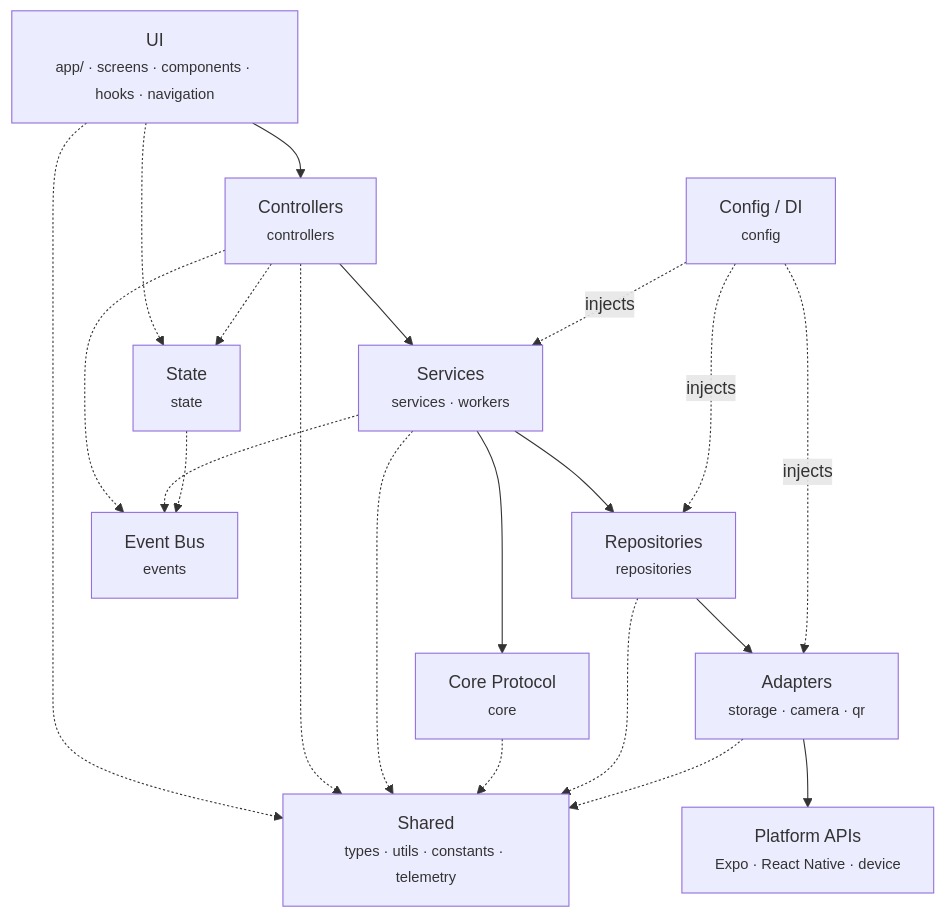
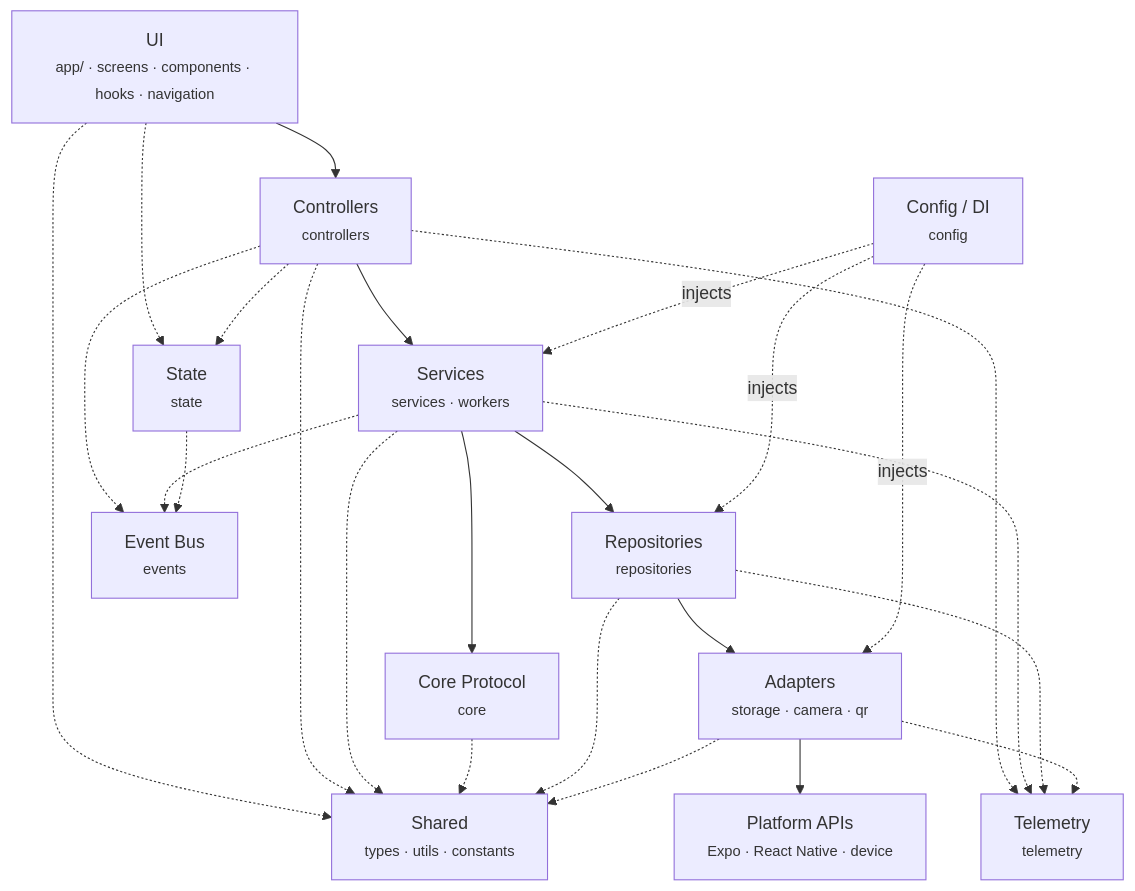
The first of 2 diagrams in ARCHITECTURE_GRAPH.md (GugulothBhuvan/photon-QR-Datashare), drawn with Mermaid before and after one commit. The commit also changed other lines of this file and 33 other files, not shown here.

First line of the commit message:
P1: architecture foundation — DI, event bus, repositories, state, config, logging

````diff
--- a/ARCHITECTURE_GRAPH.md
+++ b/ARCHITECTURE_GRAPH.md
@@ -18,39 +18,45 @@
 ```mermaid
 graph TD
     UI["UI<br/><small>app/ · screens · components · hooks · navigation</small>"]
     CTL["Controllers<br/><small>controllers</small>"]
     SVC["Services<br/><small>services · workers</small>"]
     CORE["Core Protocol<br/><small>core</small>"]
     REPO["Repositories<br/><small>repositories</small>"]
     ADPT["Adapters<br/><small>storage · camera · qr</small>"]
     PLAT["Platform APIs<br/><small>Expo · React Native · device</small>"]
 
     ST["State<br/><small>state</small>"]
     EV["Event Bus<br/><small>events</small>"]
-    SH["Shared<br/><small>types · utils · constants · telemetry</small>"]
+    SH["Shared<br/><small>types · utils · constants</small>"]
+    TEL["Telemetry<br/><small>telemetry</small>"]
     CFG["Config / DI<br/><small>config</small>"]
 
     UI --> CTL
     CTL --> SVC
     SVC --> CORE
     SVC --> REPO
     REPO --> ADPT
     ADPT --> PLAT
 
     UI -.-> ST
     CTL -.-> ST
     CTL -.-> EV
     SVC -.-> EV
     ST -.-> EV
 
     CFG -.->|injects| SVC
     CFG -.->|injects| REPO
     CFG -.->|injects| ADPT
 
     UI -.-> SH
     CTL -.-> SH
     SVC -.-> SH
     CORE -.-> SH
     REPO -.-> SH
     ADPT -.-> SH
+
+    CTL -.-> TEL
+    SVC -.-> TEL
+    REPO -.-> TEL
+    ADPT -.-> TEL
 ```
````
